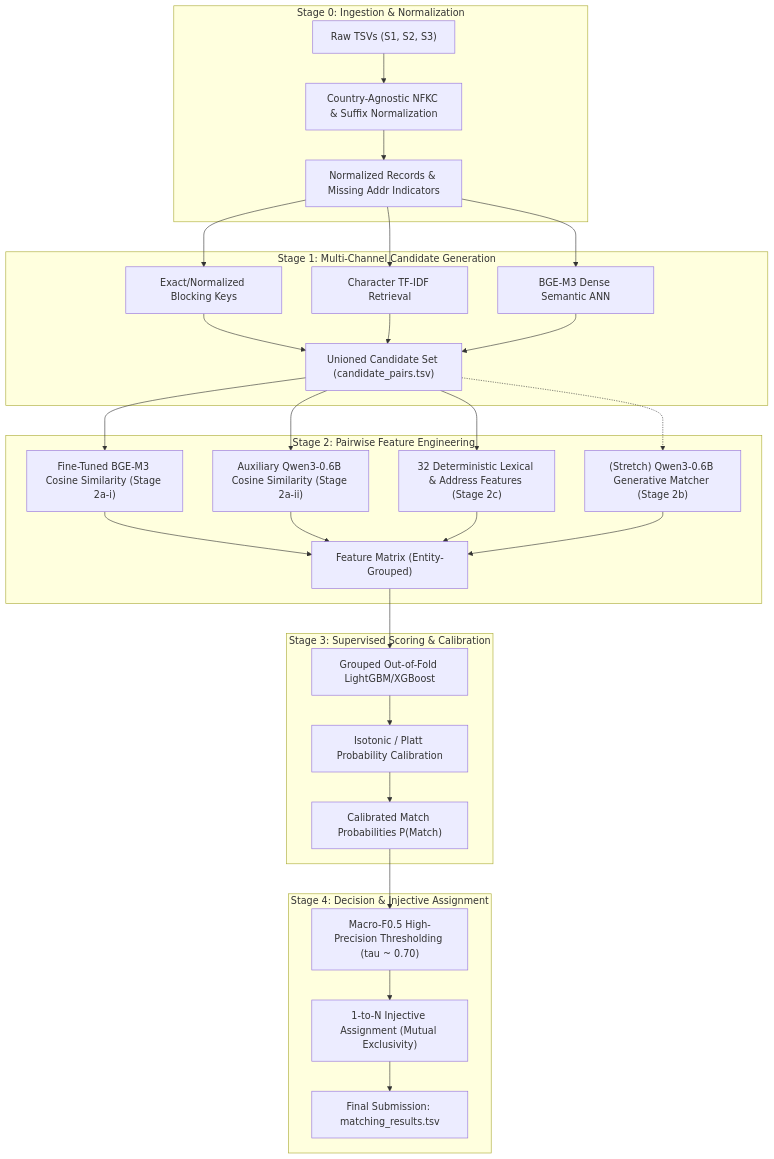
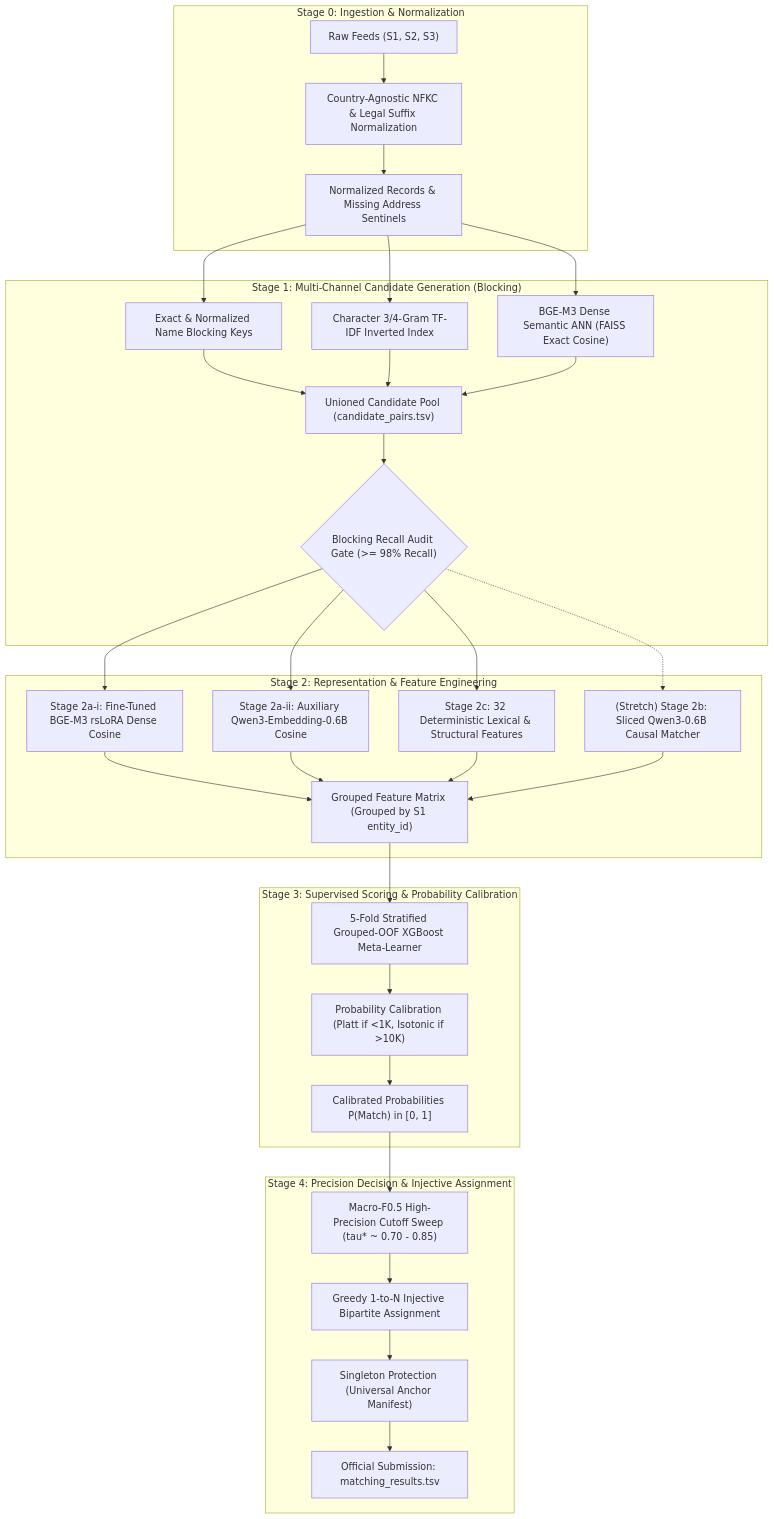
Before and after one commit to priyanshu-ogdev/AmazonMLChallenge2026: the diagram in docs/README.md, drawn with Mermaid. The commit also changed other lines of this file and 49 other files, not shown here.

````diff
--- a/docs/README.md
+++ b/docs/README.md
@@ -12,34 +12,36 @@
 ```mermaid
 flowchart TD
     subgraph S0["Stage 0: Ingestion & Normalization"]
-        R1["Raw TSVs (S1, S2, S3)"] --> N0["Country-Agnostic NFKC & Suffix Normalization"]
-        N0 --> D0["Normalized Records & Missing Addr Indicators"]
+        R1["Raw Feeds (S1, S2, S3)"] --> N0["Country-Agnostic NFKC & Legal Suffix Normalization"]
+        N0 --> D0["Normalized Records & Missing Address Sentinels"]
     end
 
-    subgraph S1["Stage 1: Multi-Channel Candidate Generation"]
-        D0 --> B1["Exact/Normalized Blocking Keys"]
-        D0 --> B2["Character TF-IDF Retrieval"]
-        D0 --> B3["BGE-M3 Dense Semantic ANN"]
-        B1 & B2 & B3 --> U1["Unioned Candidate Set (candidate_pairs.tsv)"]
+    subgraph S1["Stage 1: Multi-Channel Candidate Generation (Blocking)"]
+        D0 --> B1["Exact & Normalized Name Blocking Keys"]
+        D0 --> B2["Character 3/4-Gram TF-IDF Inverted Index"]
+        D0 --> B3["BGE-M3 Dense Semantic ANN (FAISS Exact Cosine)"]
+        B1 & B2 & B3 --> U1["Unioned Candidate Pool (candidate_pairs.tsv)"]
+        U1 --> G1{"Blocking Recall Audit Gate (>= 98% Recall)"}
     end
 
-    subgraph S2["Stage 2: Pairwise Feature Engineering"]
-        U1 --> F1["Fine-Tuned BGE-M3 Cosine Similarity (Stage 2a-i)"]
-        U1 --> F2["Auxiliary Qwen3-0.6B Cosine Similarity (Stage 2a-ii)"]
-        U1 --> F3["32 Deterministic Lexical & Address Features (Stage 2c)"]
-        U1 -.-> F4["(Stretch) Qwen3-0.6B Generative Matcher (Stage 2b)"]
-        F1 & F2 & F3 & F4 --> M2["Feature Matrix (Entity-Grouped)"]
+    subgraph S2["Stage 2: Representation & Feature Engineering"]
+        G1 --> F1["Stage 2a-i: Fine-Tuned BGE-M3 rsLoRA Dense Cosine"]
+        G1 --> F2["Stage 2a-ii: Auxiliary Qwen3-Embedding-0.6B Cosine"]
+        G1 --> F3["Stage 2c: 32 Deterministic Lexical & Structural Features"]
+        G1 -.-> F4["(Stretch) Stage 2b: Sliced Qwen3-0.6B Causal Matcher"]
+        F1 & F2 & F3 & F4 --> M2["Grouped Feature Matrix (Grouped by S1 entity_id)"]
     end
 
-    subgraph S3["Stage 3: Supervised Scoring & Calibration"]
-        M2 --> G3["Grouped Out-of-Fold LightGBM/XGBoost"]
-        G3 --> C3["Isotonic / Platt Probability Calibration"]
-        C3 --> P3["Calibrated Match Probabilities P(Match)"]
+    subgraph S3["Stage 3: Supervised Scoring & Probability Calibration"]
+        M2 --> G3["5-Fold Stratified Grouped-OOF XGBoost Meta-Learner"]
+        G3 --> C3["Probability Calibration (Platt if <1K, Isotonic if >10K)"]
+        C3 --> P3["Calibrated Probabilities P(Match) in [0, 1]"]
     end
 
-    subgraph S4["Stage 4: Decision & Injective Assignment"]
-        P3 --> T4["Macro-F0.5 High-Precision Thresholding (tau ~ 0.70)"]
-        T4 --> I4["1-to-N Injective Assignment (Mutual Exclusivity)"]
-        I4 --> O4["Final Submission: matching_results.tsv"]
+    subgraph S4["Stage 4: Precision Decision & Injective Assignment"]
+        P3 --> T4["Macro-F0.5 High-Precision Cutoff Sweep (tau* ~ 0.70 - 0.85)"]
+        T4 --> I4["Greedy 1-to-N Injective Bipartite Assignment"]
+        I4 --> S4_OUT["Singleton Protection (Universal Anchor Manifest)"]
+        S4_OUT --> O4["Official Submission: matching_results.tsv"]
     end
 ```
````
